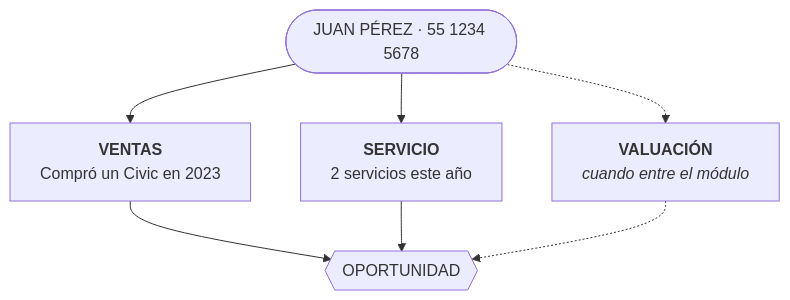
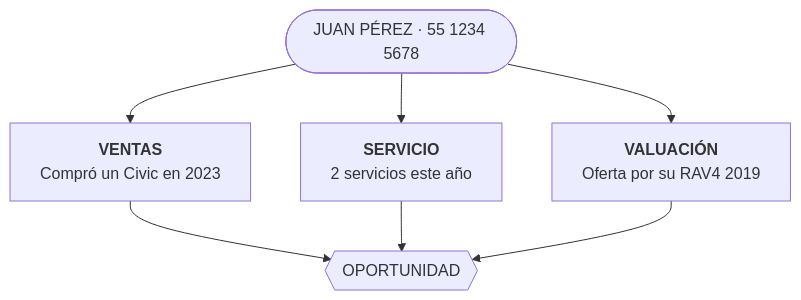
One commit to juanayalacr04/cleber-hub-conversaciones changed the third of 4 diagrams in Arquitectura/PLAN_TRABAJO_CENTRALIZACION.md. Above: the diagram before and after it, drawn with Mermaid. The commit also changed other lines of this file and 2 other files, not shown here.

````diff
--- a/Arquitectura/PLAN_TRABAJO_CENTRALIZACION.md
+++ b/Arquitectura/PLAN_TRABAJO_CENTRALIZACION.md
@@ -684,10 +722,10 @@
 ```mermaid
 flowchart TB
     CL(["JUAN PÉREZ · 55 1234 5678"])
     CL --> V["<b>VENTAS</b><br/>Compró un Civic en 2023"]
     CL --> S["<b>SERVICIO</b><br/>2 servicios este año"]
-    CL -.-> U["<b>VALUACIÓN</b><br/><i>cuando entre el módulo</i>"]
+    CL --> U["<b>VALUACIÓN</b><br/>Oferta por su RAV4 2019"]
     V --> O{{"OPORTUNIDAD"}}
     S --> O
-    U -.-> O
+    U --> O
 ```
````
